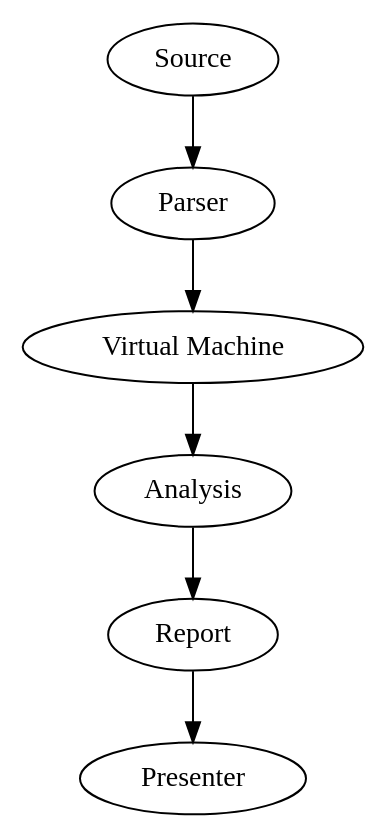
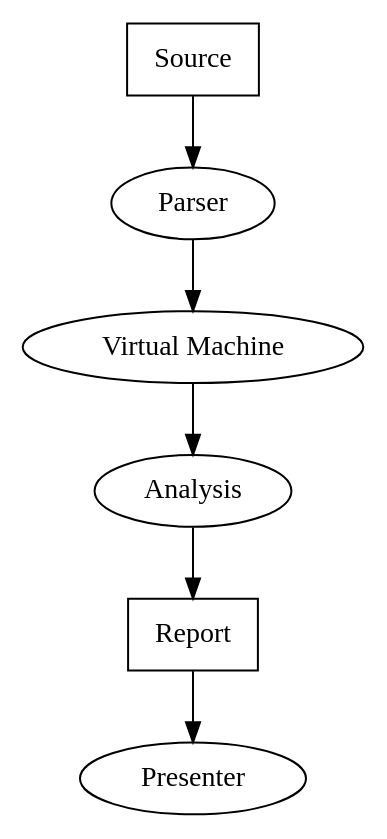
One commit to yorickpeterse/ruby-lint changed the diagram in doc/graphviz/flow.dot. Above: the diagram before and after it, drawn with Graphviz. The commit also changed 1 other file, not shown here.

Commit message:
Distinguish data from processors in the flow diagram.
Box = data, applied to Source and Report
Oval = processor

```diff
--- a/doc/graphviz/flow.dot
+++ b/doc/graphviz/flow.dot
@@ -1,7 +1,10 @@
 // Graphviz graph that shows the basic flow of the analysis process of
 // ruby-lint.
 
 digraph flow {
+    "Source" [shape=box];
+    "Report" [shape=box];
+
     "Source" -> "Parser" -> "Virtual Machine" -> "Analysis";
     "Analysis" -> "Report" -> "Presenter";
 }
```
